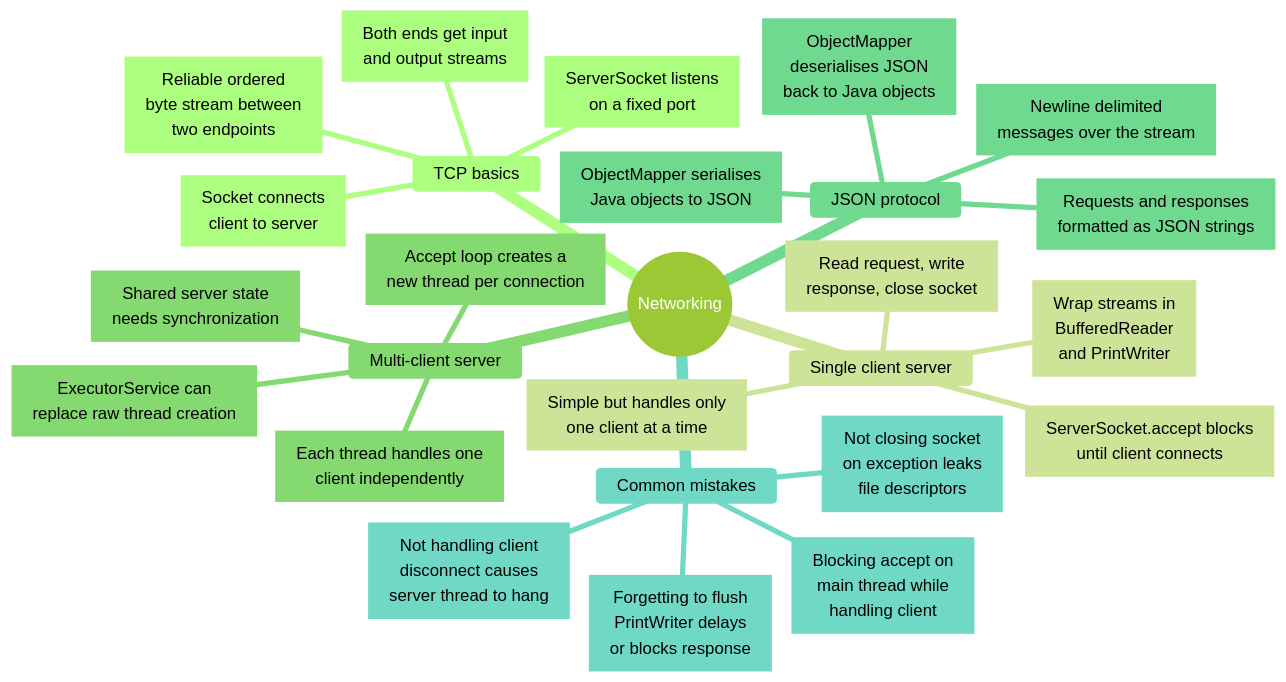
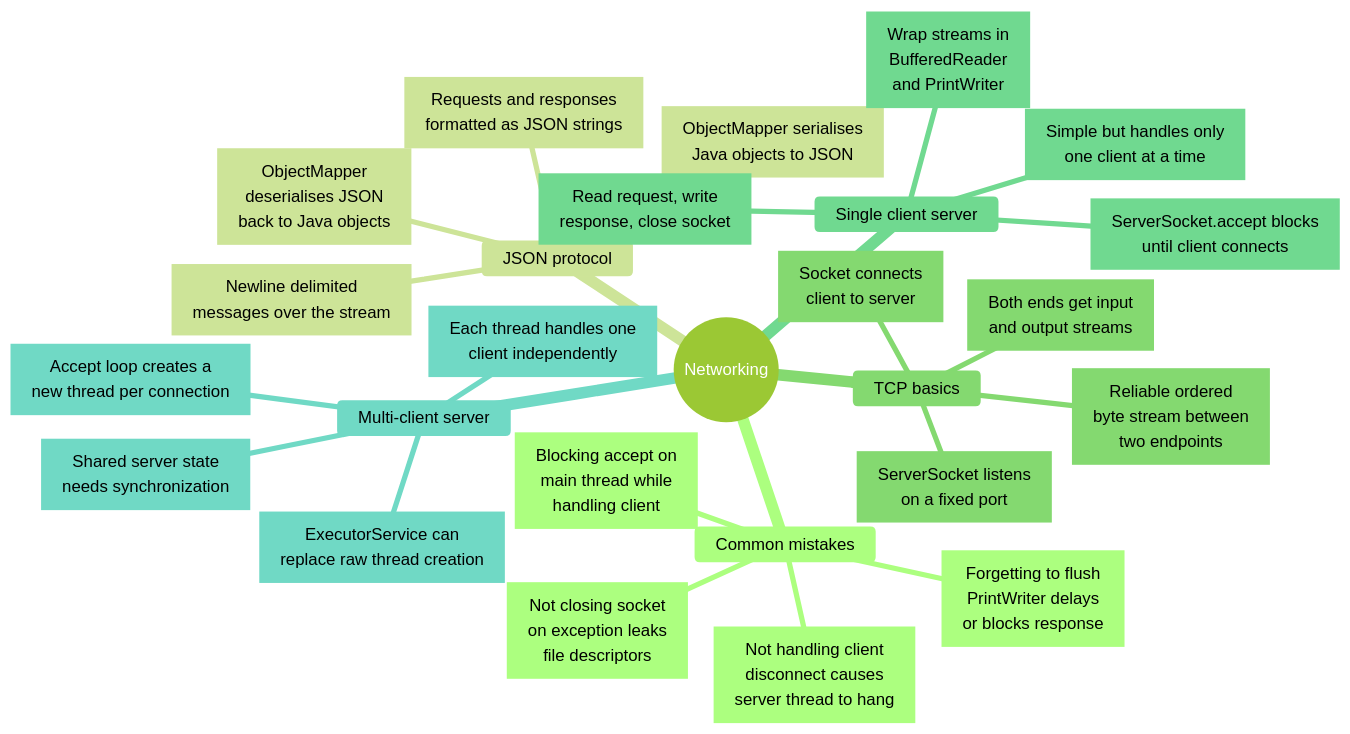
Before and after one commit to nmcguinness/L8-OOP-Module-Content: diagram 13 of 13 in notes/shared/mind maps/revision_t10_t22.md, drawn with Mermaid. The commit also changed other lines of this file and 4 other files, not shown here.

Commit message:
fixed mindmap label truncation and added admonitions test

````diff
--- a/notes/shared/mind maps/revision_t10_t22.md
+++ b/notes/shared/mind maps/revision_t10_t22.md
@@ -1736,65 +1736,65 @@
 ```mermaid
 ---
 title: "Networking"
 accDescr: "Mind map of Networking. Branches: TCP basics; Single client server; Multi-client server; JSON protocol; Common mistakes."
 ---
 %%{init: { "theme": "forest", "markdownAutoWrap": false, "mindmap": { "maxNodeWidth": 300 } }}%%
 mindmap
   root((Networking))
+    Common mistakes
+      n17["`Forgetting to flush
+      PrintWriter delays
+      or blocks response`"]
+      n18["`Not closing socket
+      on exception leaks
+      file descriptors`"]
+      n19["`Blocking accept on
+      main thread while
+      handling client`"]
+      n20["`Not handling client
+      disconnect causes
+      server thread to hang`"]
+
+    JSON protocol
+      n13["`Requests and responses
+      formatted as JSON strings`"]
+      n14["`ObjectMapper serialises
+      Java objects to JSON`"]
+      n15["`ObjectMapper
+      deserialises JSON
+      back to Java objects`"]
+      n16["`Newline delimited
+      messages over the stream`"]
+
     TCP basics
       n1["`Reliable ordered
       byte stream between
       two endpoints`"]
       n2["`ServerSocket listens
       on a fixed port`"]
       n3["`Socket connects
       client to server`"]
       n4["`Both ends get input
       and output streams`"]
 
     Single client server
       n5["`ServerSocket.accept blocks
       until client connects`"]
       n6["`Wrap streams in
       BufferedReader
       and PrintWriter`"]
       n7["`Read request, write
       response, close socket`"]
       n8["`Simple but handles only
       one client at a time`"]
 
     Multi-client server
       n9["`Accept loop creates a
       new thread per connection`"]
       n10["`Each thread handles one
       client independently`"]
       n11["`Shared server state
       needs synchronization`"]
       n12["`ExecutorService can
       replace raw thread creation`"]
-
-    JSON protocol
-      n13["`Requests and responses
-      formatted as JSON strings`"]
-      n14["`ObjectMapper serialises
-      Java objects to JSON`"]
-      n15["`ObjectMapper
-      deserialises JSON
-      back to Java objects`"]
-      n16["`Newline delimited
-      messages over the stream`"]
-
-    Common mistakes
-      n17["`Forgetting to flush
-      PrintWriter delays
-      or blocks response`"]
-      n18["`Not closing socket
-      on exception leaks
-      file descriptors`"]
-      n19["`Blocking accept on
-      main thread while
-      handling client`"]
-      n20["`Not handling client
-      disconnect causes
-      server thread to hang`"]
 ```
````
